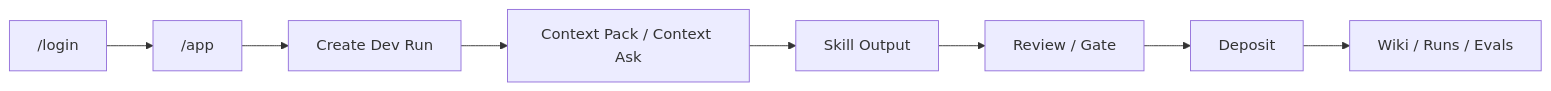
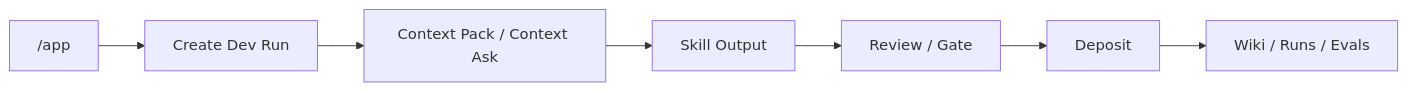
One commit to rrhww/inkdesk changed the second of 2 diagrams in docs/design/信息架构.md. Above: the diagram before and after it, drawn with Mermaid. The commit also changed other lines of this file and 10 other files, not shown here.

````diff
--- a/docs/design/信息架构.md
+++ b/docs/design/信息架构.md
@@ -109,10 +102,9 @@
 ```mermaid
 flowchart LR
-    A["/login"] --> B["/app"]
-    B --> C["Create Dev Run"]
-    C --> D["Context Pack / Context Ask"]
-    D --> E["Skill Output"]
-    E --> F["Review / Gate"]
-    F --> G["Deposit"]
-    G --> H["Wiki / Runs / Evals"]
+    A["/app"] --> B["Create Dev Run"]
+    B --> C["Context Pack / Context Ask"]
+    C --> D["Skill Output"]
+    D --> E["Review / Gate"]
+    E --> F["Deposit"]
+    F --> G["Wiki / Runs / Evals"]
 ```
````
